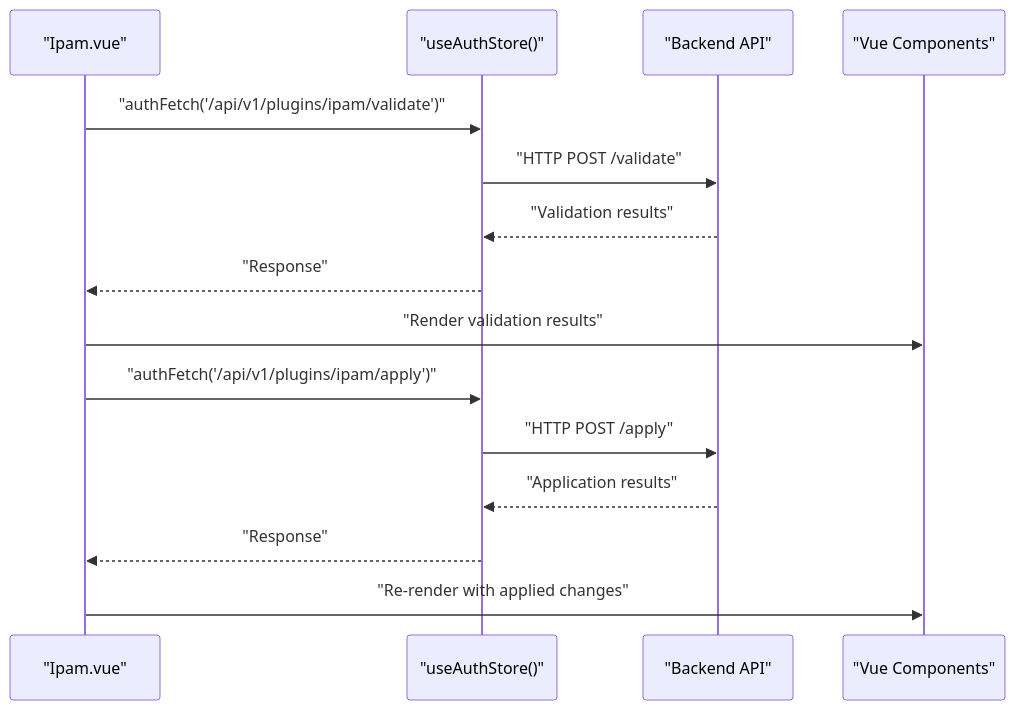
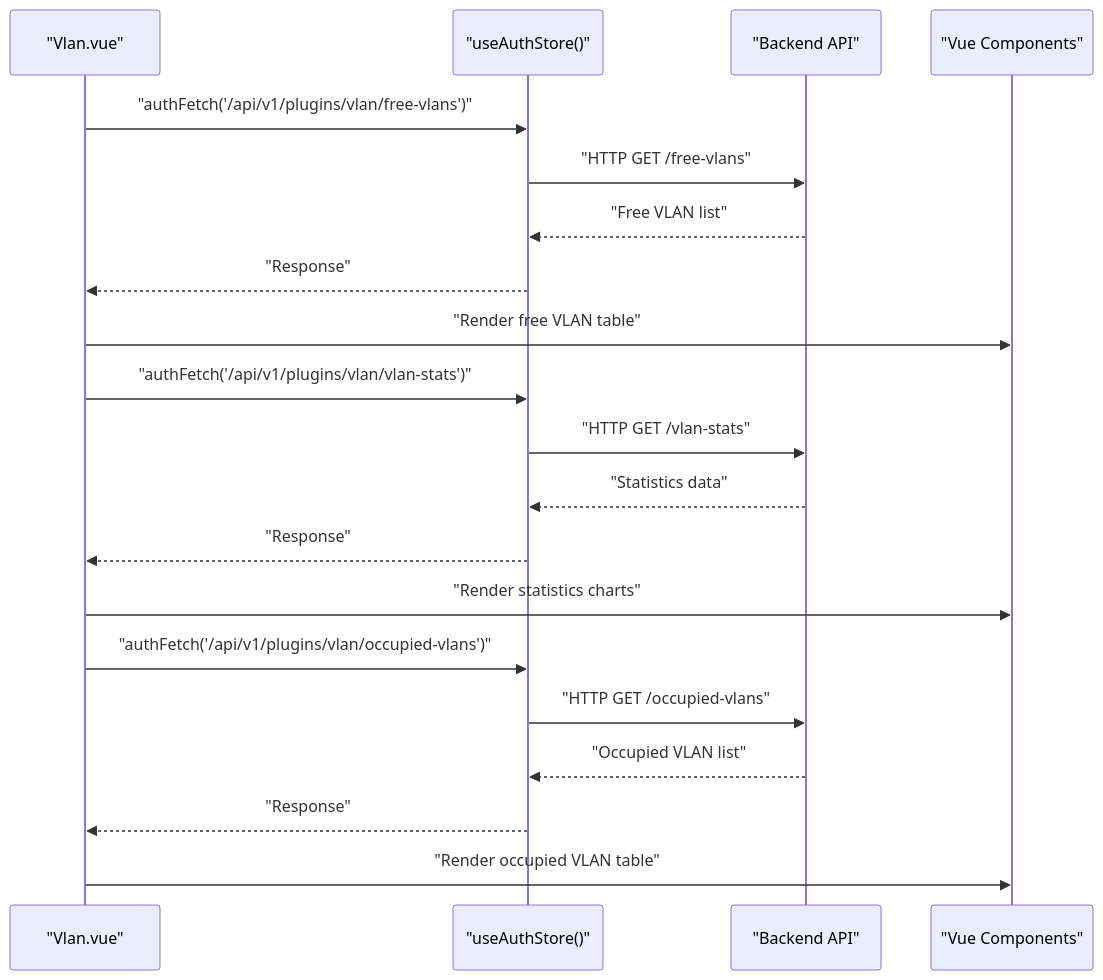
One commit to Nikita5543/New-SSO-02 changed the ninth of 11 diagrams in .qoder/repowiki/en/content/Plugin System Architecture/Frontend Plugin Integration.md. Above: the diagram before and after it, drawn with Mermaid. The commit also changed other lines of this file and 4 other files, not shown here.

````diff
--- a/.qoder/repowiki/en/content/Plugin System Architecture/Frontend Plugin Integration.md
+++ b/.qoder/repowiki/en/content/Plugin System Architecture/Frontend Plugin Integration.md
@@ -333,17 +380,22 @@
 ```mermaid
 sequenceDiagram
-participant View as "Ipam.vue"
+participant View as "Vlan.vue"
 participant Auth as "useAuthStore()"
 participant API as "Backend API"
 participant UI as "Vue Components"
-View->>Auth : "authFetch('/api/v1/plugins/ipam/validate')"
-Auth->>API : "HTTP POST /validate"
-API-->>Auth : "Validation results"
+View->>Auth : "authFetch('/api/v1/plugins/vlan/free-vlans')"
+Auth->>API : "HTTP GET /free-vlans"
+API-->>Auth : "Free VLAN list"
 Auth-->>View : "Response"
-View->>UI : "Render validation results"
-View->>Auth : "authFetch('/api/v1/plugins/ipam/apply')"
-Auth->>API : "HTTP POST /apply"
-API-->>Auth : "Application results"
+View->>UI : "Render free VLAN table"
+View->>Auth : "authFetch('/api/v1/plugins/vlan/vlan-stats')"
+Auth->>API : "HTTP GET /vlan-stats"
+API-->>Auth : "Statistics data"
 Auth-->>View : "Response"
-View->>UI : "Re-render with applied changes"
+View->>UI : "Render statistics charts"
+View->>Auth : "authFetch('/api/v1/plugins/vlan/occupied-vlans')"
+Auth->>API : "HTTP GET /occupied-vlans"
+API-->>Auth : "Occupied VLAN list"
+Auth-->>View : "Response"
+View->>UI : "Render occupied VLAN table"
 ```
````
